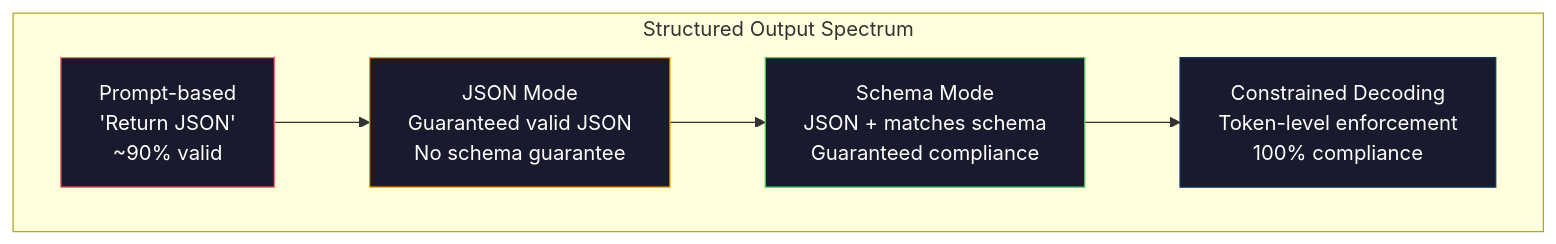
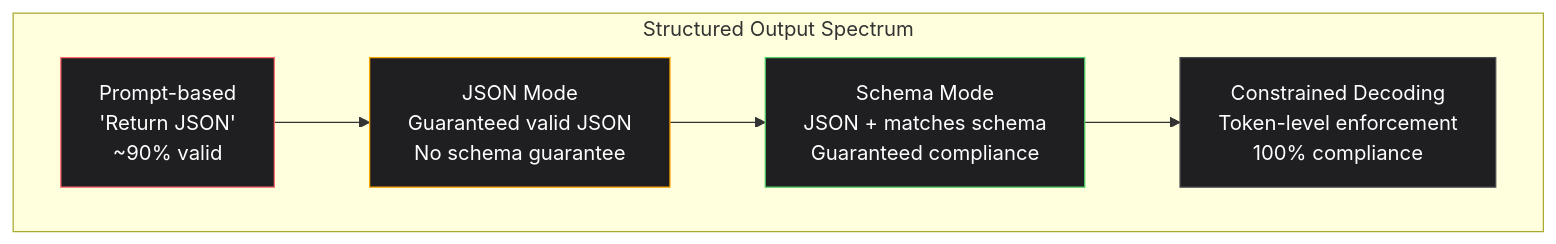
Before and after one commit to SystemaOps/ai-engineering-Systemaops: the first of 2 diagrams in phases/11-llm-engineering/03-structured-outputs/docs/en.md, drawn with Mermaid. The commit also changed other lines of this file and 28 other files, not shown here.

````diff
--- a/phases/11-llm-engineering/03-structured-outputs/docs/en.md
+++ b/phases/11-llm-engineering/03-structured-outputs/docs/en.md
@@ -38,14 +38,14 @@
 ```mermaid
 graph LR
     subgraph Spectrum["Structured Output Spectrum"]
         direction LR
         A["Prompt-based\n'Return JSON'\n~90% valid"] --> B["JSON Mode\nGuaranteed valid JSON\nNo schema guarantee"]
         B --> C["Schema Mode\nJSON + matches schema\nGuaranteed compliance"]
         C --> D["Constrained Decoding\nToken-level enforcement\n100% compliance"]
     end
 
-    style A fill:#1a1a2e,stroke:#ff6b6b,color:#fff
-    style B fill:#1a1a2e,stroke:#ffa500,color:#fff
-    style C fill:#1a1a2e,stroke:#51cf66,color:#fff
-    style D fill:#1a1a2e,stroke:#0f3460,color:#fff
+    style A fill:#1f1f22,stroke:#ff6b6b,color:#fff
+    style B fill:#1f1f22,stroke:#ffa500,color:#fff
+    style C fill:#1f1f22,stroke:#51cf66,color:#fff
+    style D fill:#1f1f22,stroke:#4a4a50,color:#fff
 ```
````
